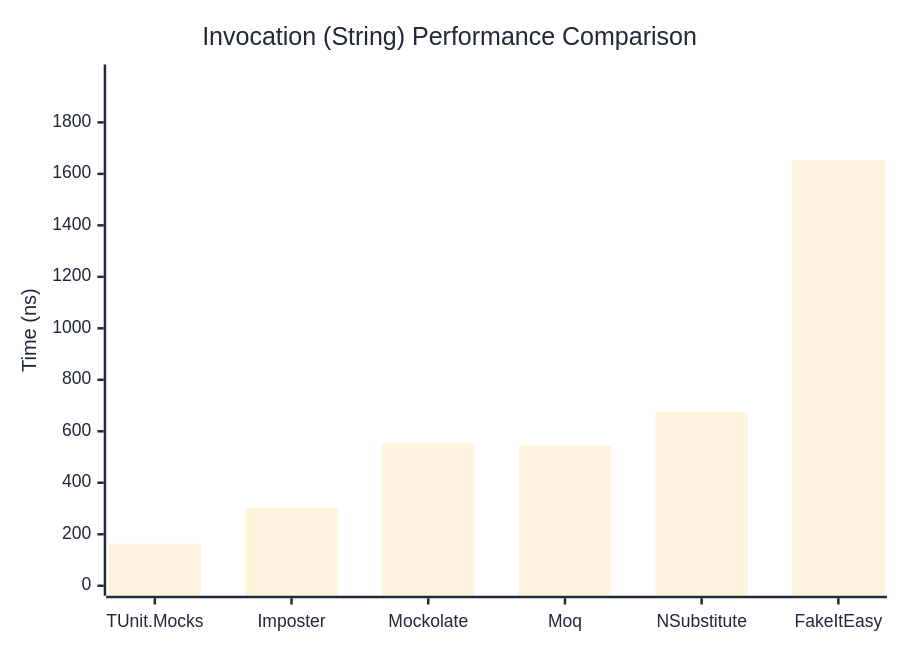
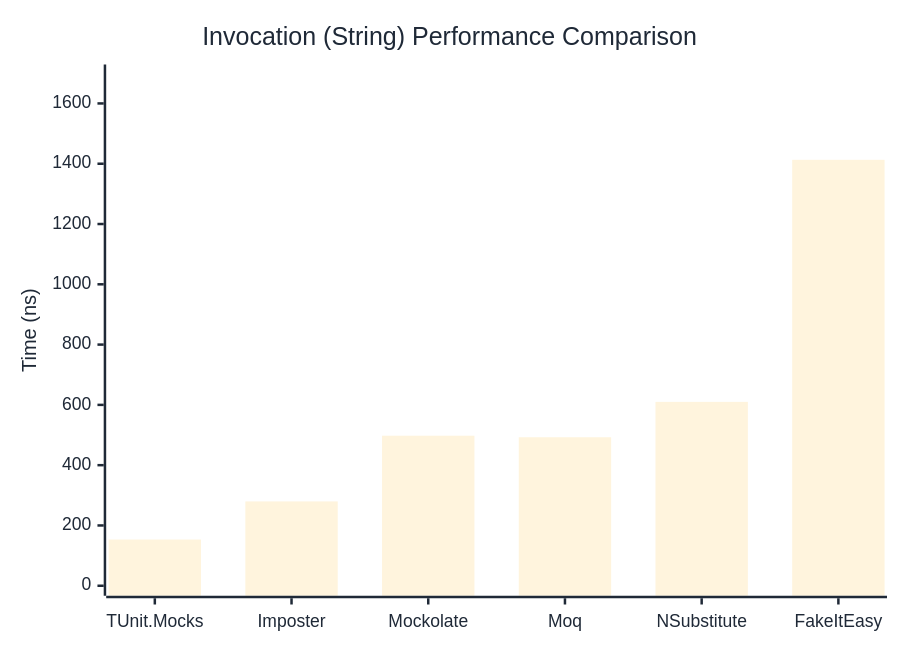
The second of 3 diagrams in docs/docs/benchmarks/mocks/Invocation.md (thomhurst/TUnit), drawn with Mermaid before and after one commit. The commit also changed other lines of this file and 14 other files, not shown here.

````diff
--- a/docs/docs/benchmarks/mocks/Invocation.md
+++ b/docs/docs/benchmarks/mocks/Invocation.md
@@ -69,27 +69,27 @@
 ```mermaid
 %%{init: {
   'theme':'base',
   'themeVariables': {
     'primaryColor': '#2563eb',
     'primaryTextColor': '#1f2937',
     'primaryBorderColor': '#1e40af',
     'lineColor': '#6b7280',
     'secondaryColor': '#7c3aed',
     'tertiaryColor': '#dc2626',
     'background': '#ffffff',
     'pie1': '#2563eb',
     'pie2': '#7c3aed',
     'pie3': '#dc2626',
     'pie4': '#f59e0b',
     'pie5': '#10b981',
     'pie6': '#06b6d4',
     'pie7': '#ec4899',
     'pie8': '#6366f1'
   }
 }}%%
 xychart-beta
   title "Invocation (String) Performance Comparison"
   x-axis ["TUnit.Mocks", "Imposter", "Mockolate", "Moq", "NSubstitute", "FakeItEasy"]
-  y-axis "Time (ns)" 0 --> 1986
-  bar [163.4, 303, 554.2, 543.4, 675.2, 1654.4]
+  y-axis "Time (ns)" 0 --> 1696
+  bar [153.3, 279.8, 497.8, 492.6, 610, 1413]
 ```
````
